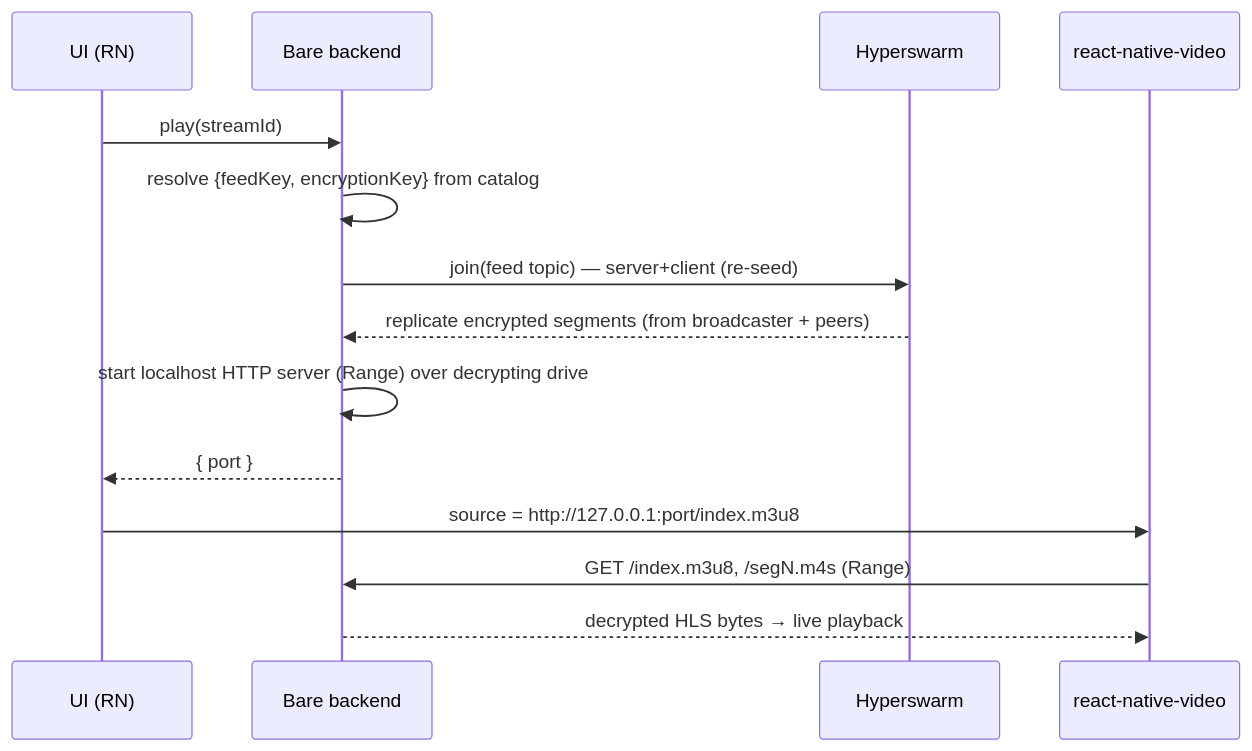
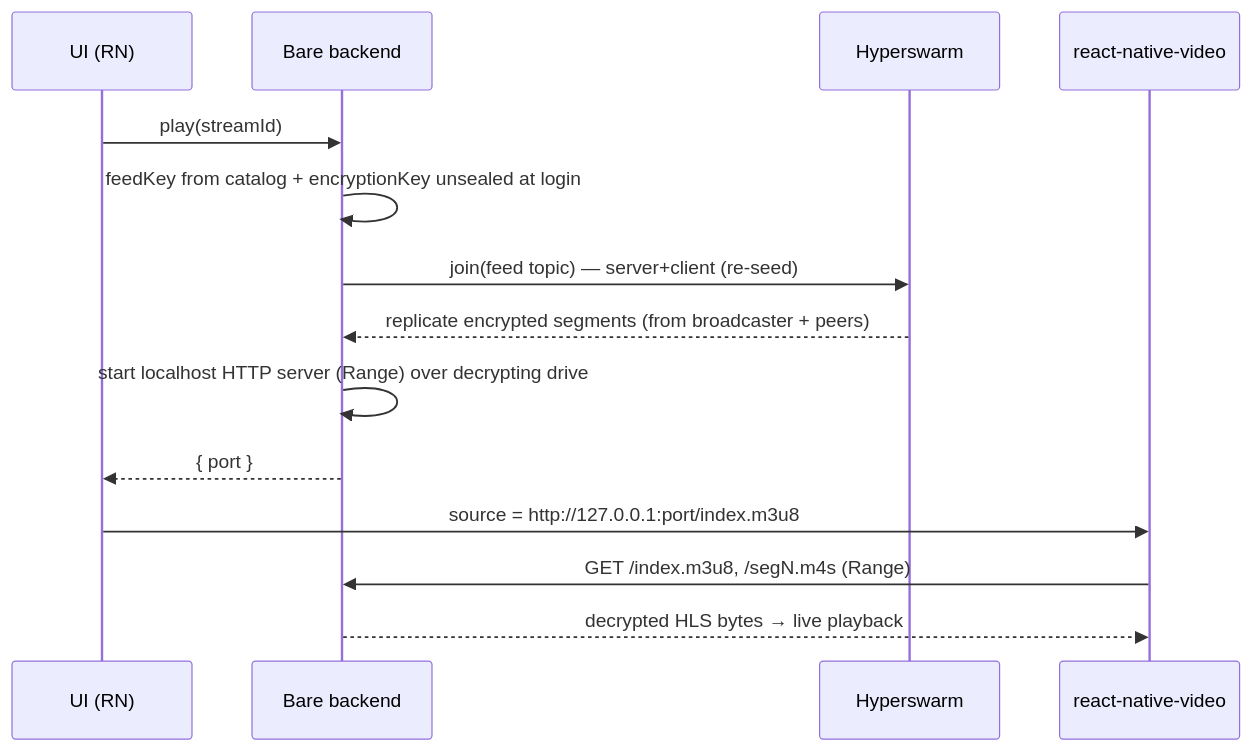
Before and after one commit to AbueloSimpson/aliran: the third of 4 diagrams in docs/architecture.md, drawn with Mermaid. The commit also changed other lines of this file and 2 other files, not shown here.

````diff
--- a/docs/architecture.md
+++ b/docs/architecture.md
@@ -75,16 +76,16 @@
 ```mermaid
 sequenceDiagram
   participant U as UI (RN)
   participant B as Bare backend
   participant SW as Hyperswarm
   participant V as react-native-video
   U->>B: play(streamId)
-  B->>B: resolve {feedKey, encryptionKey} from catalog
+  B->>B: feedKey from catalog + encryptionKey unsealed at login
   B->>SW: join(feed topic) — server+client (re-seed)
   SW-->>B: replicate encrypted segments (from broadcaster + peers)
   B->>B: start localhost HTTP server (Range) over decrypting drive
   B-->>U: { port }
   U->>V: source = http://127.0.0.1:port/index.m3u8
   V->>B: GET /index.m3u8, /segN.m4s (Range)
   B-->>V: decrypted HLS bytes → live playback
 ```
````
